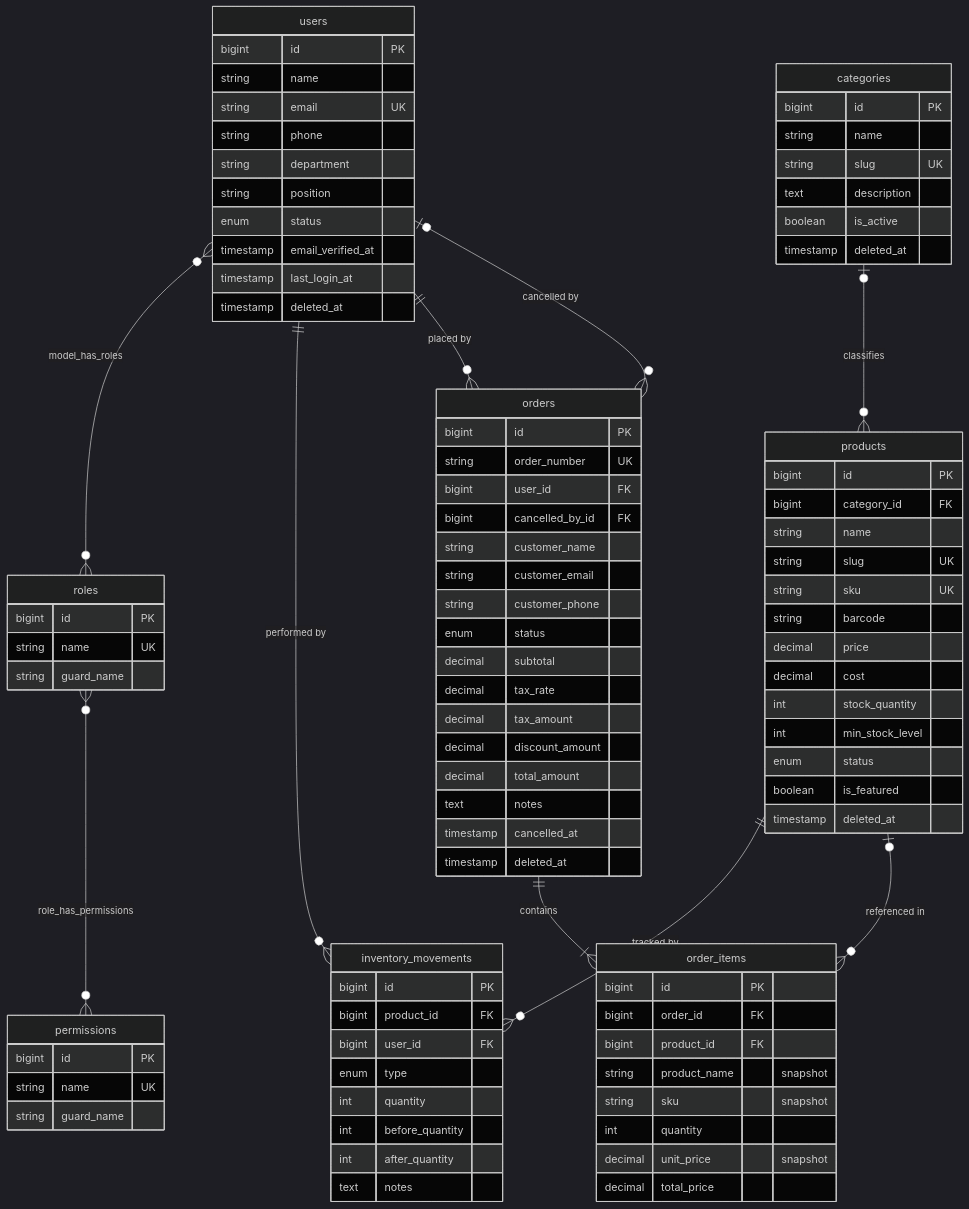
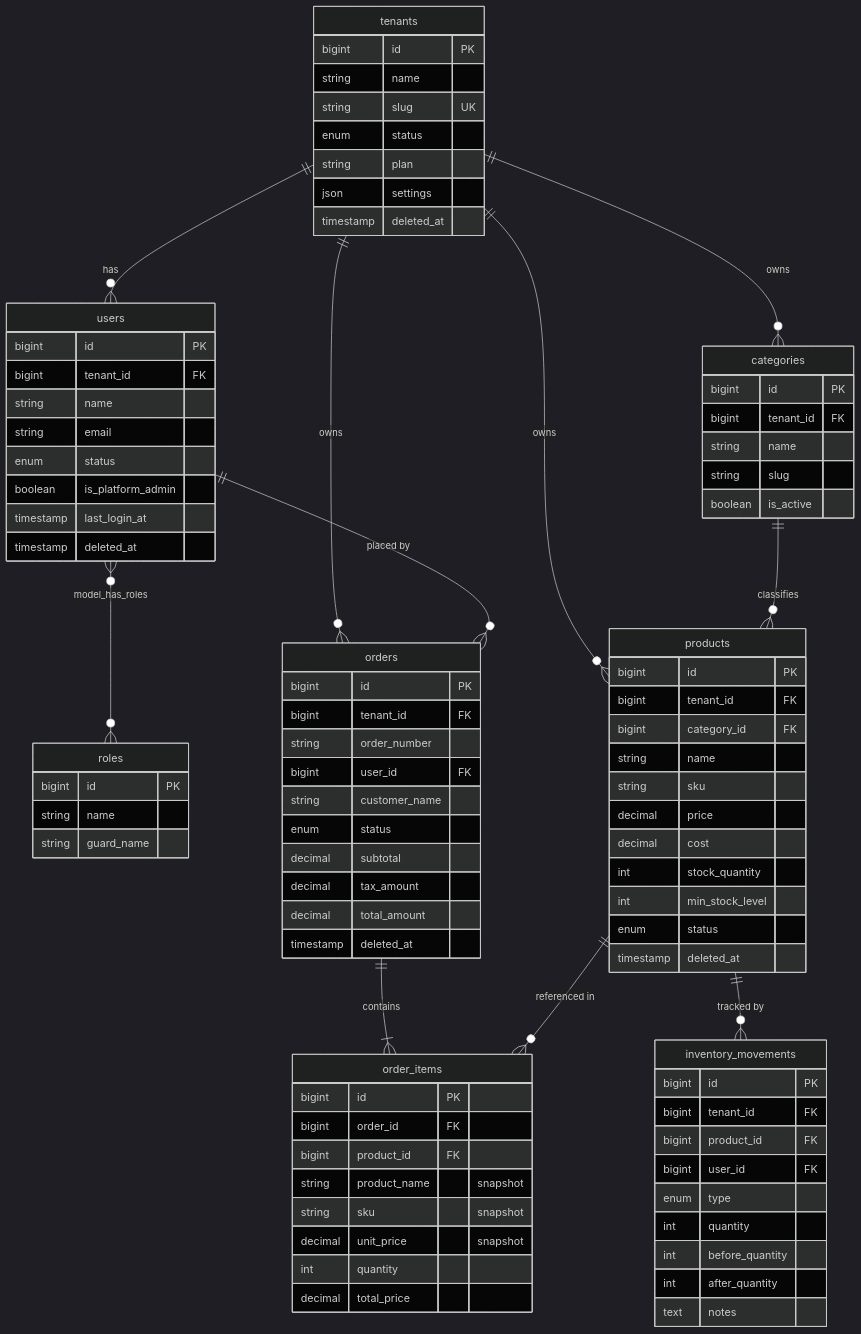
One commit to hasan-sakib/fusionerp changed the third of 4 diagrams in README.md. Above: the diagram before and after it, drawn with Mermaid (dark theme). The commit also changed other lines of this file, not shown here.

Commit message:
docs: Update README to enhance project overview, architecture details, and module descriptions

````diff
--- a/README.md
+++ b/README.md
@@ -175,57 +143,57 @@
 ```mermaid
 erDiagram
+    tenants {
+        bigint id PK
+        string name
+        string slug UK
+        enum status
+        string plan
+        json settings
+        timestamp deleted_at
+    }
+
     users {
         bigint id PK
+        bigint tenant_id FK
         string name
-        string email UK
-        string phone
-        string department
-        string position
+        string email
         enum status
-        timestamp email_verified_at
+        boolean is_platform_admin
         timestamp last_login_at
         timestamp deleted_at
     }
 
     roles {
         bigint id PK
-        string name UK
-        string guard_name
-    }
-
-    permissions {
-        bigint id PK
-        string name UK
+        string name
         string guard_name
     }
 
     categories {
         bigint id PK
+        bigint tenant_id FK
         string name
-        string slug UK
-        text description
+        string slug
         boolean is_active
-        timestamp deleted_at
     }
 
     products {
         bigint id PK
+        bigint tenant_id FK
         bigint category_id FK
         string name
-        string slug UK
-        string sku UK
-        string barcode
+        string sku
         decimal price
         decimal cost
         int stock_quantity
         int min_stock_level
         enum status
-        boolean is_featured
         timestamp deleted_at
     }
 
     inventory_movements {
         bigint id PK
+        bigint tenant_id FK
         bigint product_id FK
         bigint user_id FK
         enum type
@@ -237,20 +205,14 @@
 
     orders {
         bigint id PK
-        string order_number UK
+        bigint tenant_id FK
+        string order_number
         bigint user_id FK
-        bigint cancelled_by_id FK
         string customer_name
-        string customer_email
-        string customer_phone
         enum status
         decimal subtotal
-        decimal tax_rate
         decimal tax_amount
-        decimal discount_amount
         decimal total_amount
-        text notes
-        timestamp cancelled_at
         timestamp deleted_at
     }
 
@@ -260,18 +222,19 @@
         bigint product_id FK
         string product_name "snapshot"
         string sku "snapshot"
+        decimal unit_price "snapshot"
         int quantity
-        decimal unit_price "snapshot"
         decimal total_price
     }
 
+    tenants ||--o{ users : "has"
+    tenants ||--o{ categories : "owns"
+    tenants ||--o{ products : "owns"
+    tenants ||--o{ orders : "owns"
     users }o--o{ roles : "model_has_roles"
-    roles }o--o{ permissions : "role_has_permissions"
-    categories |o--o{ products : "classifies"
+    categories ||--o{ products : "classifies"
     products ||--o{ inventory_movements : "tracked by"
-    users ||--o{ inventory_movements : "performed by"
     users ||--o{ orders : "placed by"
-    users |o--o{ orders : "cancelled by"
     orders ||--|{ order_items : "contains"
-    products |o--o{ order_items : "referenced in"
+    products ||--o{ order_items : "referenced in"
 ```
````
